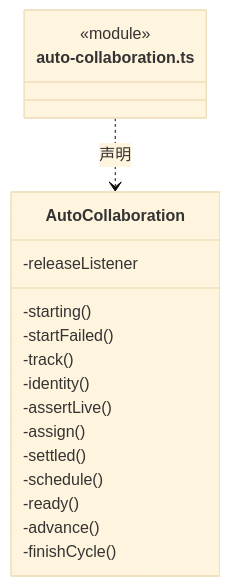
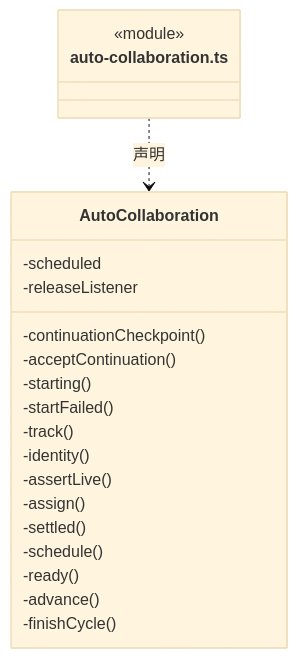
Before and after one commit to nan023062/cbim: the third of 29 diagrams in src/backend/scheduler-engine/execution/ARCHITECTURE.md, drawn with Mermaid (base theme). The commit also changed other lines of this file and 60 other files, not shown here.

````diff
--- a/src/backend/scheduler-engine/execution/ARCHITECTURE.md
+++ b/src/backend/scheduler-engine/execution/ARCHITECTURE.md
@@ -110,21 +111,24 @@
 ```mermaid
 classDiagram
 class N_src_backend_scheduler_engine_execution_auto_collaboration_ts["auto-collaboration.ts"] {
   <<module>>
 }
 class N_src_backend_scheduler_engine_execution_auto_collaboration_ts_AutoCollaboration["AutoCollaboration"] {
+  -scheduled
   -releaseListener
+  -continuationCheckpoint()
+  -acceptContinuation()
   -starting()
   -startFailed()
   -track()
   -identity()
   -assertLive()
   -assign()
   -settled()
   -schedule()
   -ready()
   -advance()
   -finishCycle()
 }
 N_src_backend_scheduler_engine_execution_auto_collaboration_ts ..> N_src_backend_scheduler_engine_execution_auto_collaboration_ts_AutoCollaboration : 声明
 ```
````
